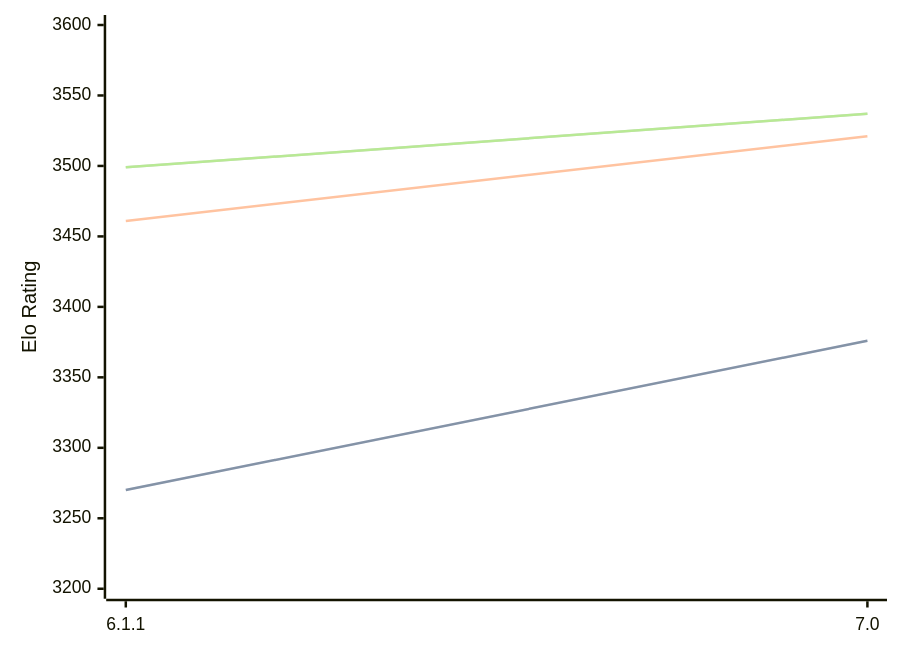
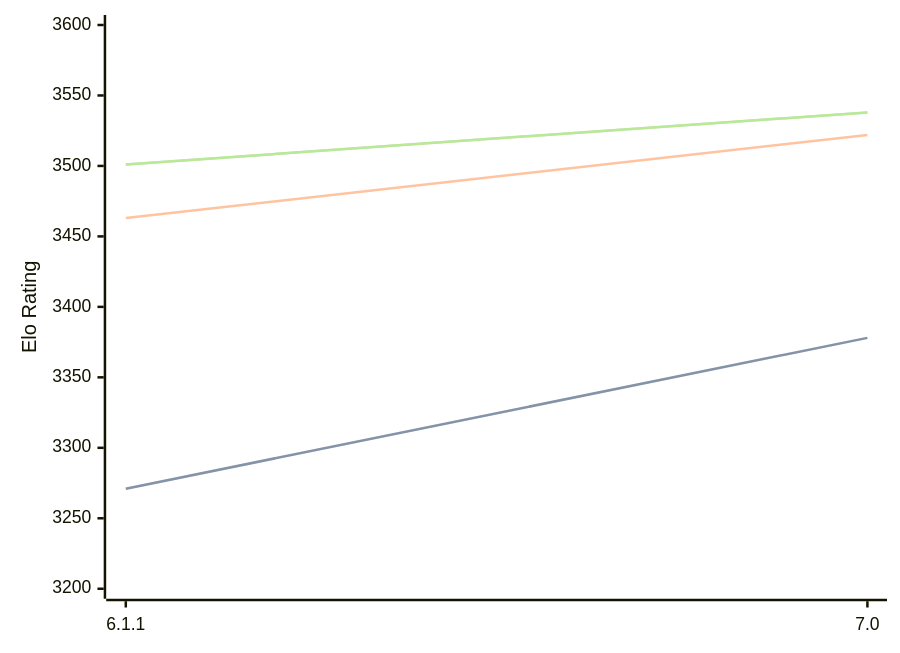
One commit to computer-chess-index/cci changed the diagram in engines/Astra.md. Above: the diagram before and after it, drawn with Mermaid. The commit also changed other lines of this file, not shown here.

Commit message:
Update CCI Ratings (ELO VLTC) - 2026-07-24

````diff
--- a/engines/Astra.md
+++ b/engines/Astra.md
@@ -44,11 +44,11 @@
 ```mermaid
 %%{init: {"theme":"base","themeVariables":{"seriesColors:['#a3a3a3','#222221','#faa371']}}}%%
 xychart-beta
   x-axis ["6.1.1", "7.0"]
   y-axis "Elo Rating" 3200 --> 3600
-  line "STC (8.0+0.08s)" [3270, 3376]
-  line "STC (8.0+0.08s)" [3270, 3376]
-  line "LTC (60.0+0.60s)" [3461, 3521]
-  line "VLTC (2m24s+1.12s)" [3499, 3537]
-  line "VLTC (2m24s+1.12s)" [3499, 3537]
+  line "STC (8.0+0.08s)" [3271, 3378]
+  line "STC (8.0+0.08s)" [3271, 3378]
+  line "LTC (60.0+0.60s)" [3463, 3522]
+  line "VLTC (2m24s+1.12s)" [3501, 3538]
+  line "VLTC (2m24s+1.12s)" [3501, 3538]
 ```
````
